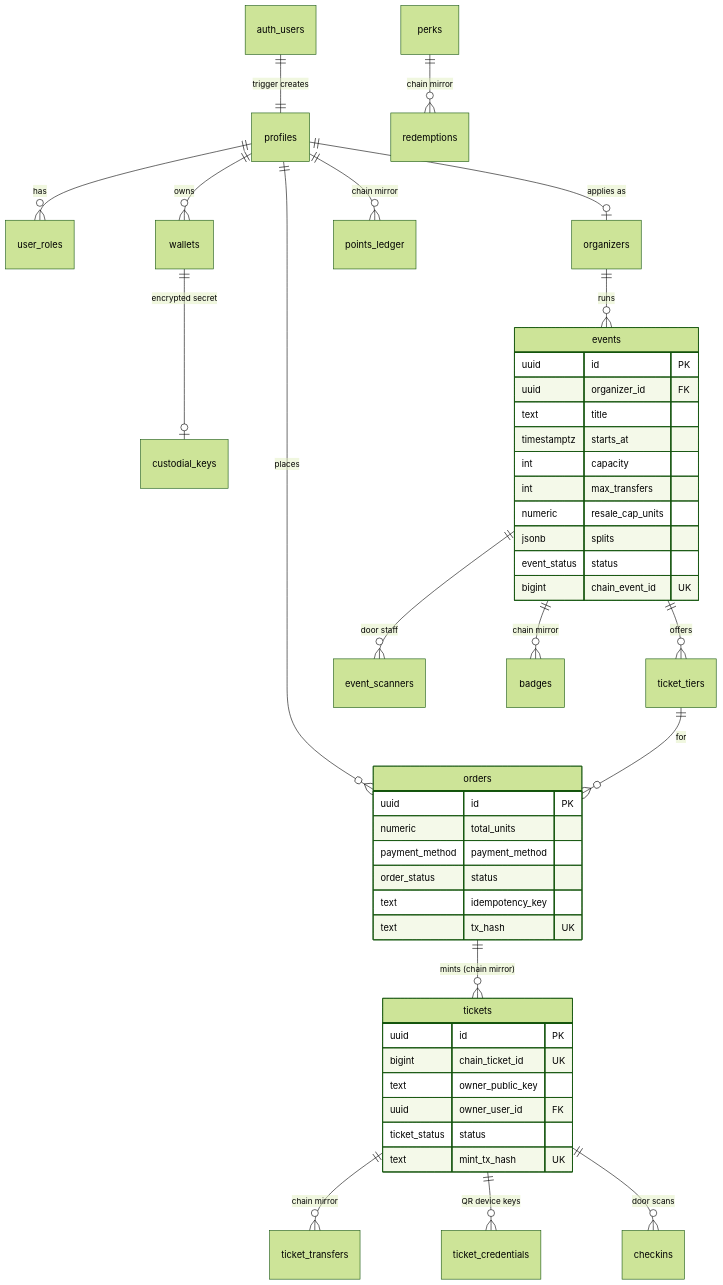
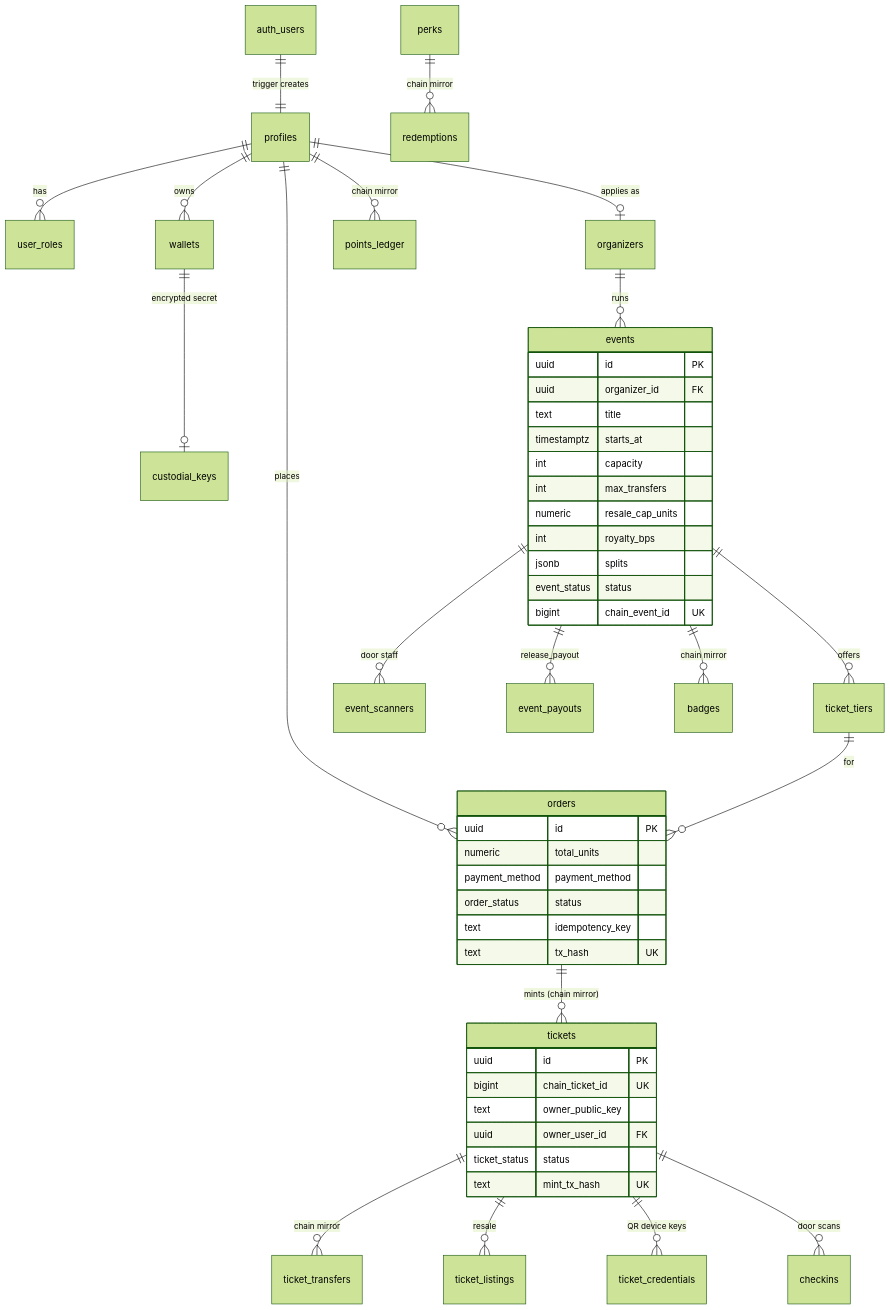
The fourth of 4 diagrams in docs/ARCHITECTURE.md (By-Ticket/BY-TICKET), drawn with Mermaid (forest theme) before and after one commit. The commit also changed other lines of this file and 33 other files, not shown here.

````diff
--- a/docs/ARCHITECTURE.md
+++ b/docs/ARCHITECTURE.md
@@ -130,49 +130,52 @@
 ```mermaid
 erDiagram
   auth_users ||--|| profiles : "trigger creates"
   profiles ||--o{ user_roles : has
   profiles ||--o{ wallets : owns
   wallets ||--o| custodial_keys : "encrypted secret"
   profiles ||--o| organizers : "applies as"
   organizers ||--o{ events : runs
   events ||--o{ ticket_tiers : offers
   events ||--o{ event_scanners : "door staff"
   profiles ||--o{ orders : places
   ticket_tiers ||--o{ orders : "for"
   orders ||--o{ tickets : "mints (chain mirror)"
   tickets ||--o{ ticket_transfers : "chain mirror"
+  tickets ||--o{ ticket_listings : resale
   tickets ||--o{ ticket_credentials : "QR device keys"
   tickets ||--o{ checkins : "door scans"
+  events ||--o{ event_payouts : "release_payout"
   profiles ||--o{ points_ledger : "chain mirror"
   events ||--o{ badges : "chain mirror"
   perks ||--o{ redemptions : "chain mirror"
 
   events {
     uuid id PK
     uuid organizer_id FK
     text title
     timestamptz starts_at
     int capacity
     int max_transfers
     numeric resale_cap_units
+    int royalty_bps
     jsonb splits
     event_status status
     bigint chain_event_id UK
   }
   tickets {
     uuid id PK
     bigint chain_ticket_id UK
     text owner_public_key
     uuid owner_user_id FK
     ticket_status status
     text mint_tx_hash UK
   }
   orders {
     uuid id PK
     numeric total_units
     payment_method payment_method
     order_status status
     text idempotency_key
     text tx_hash UK
   }
 ```
````
